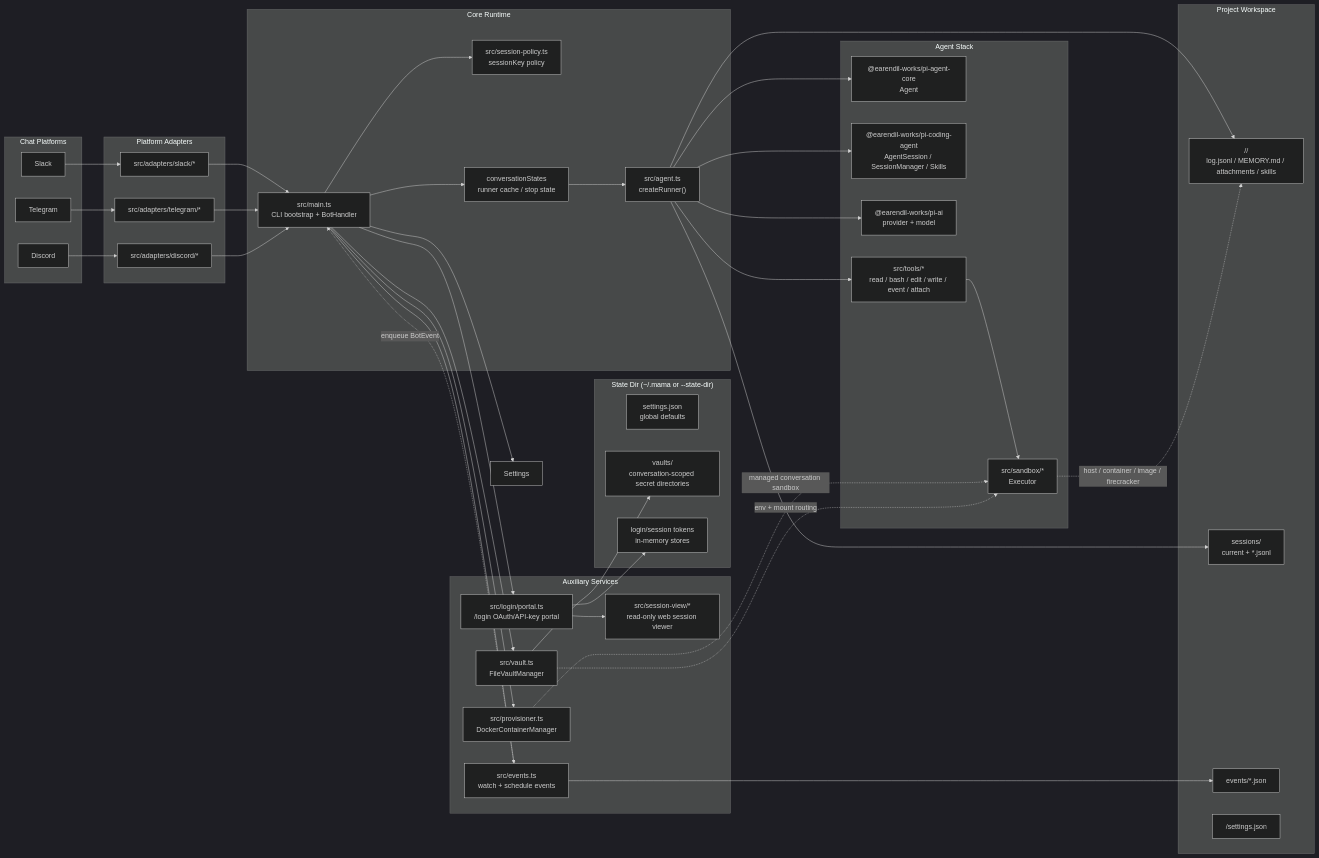
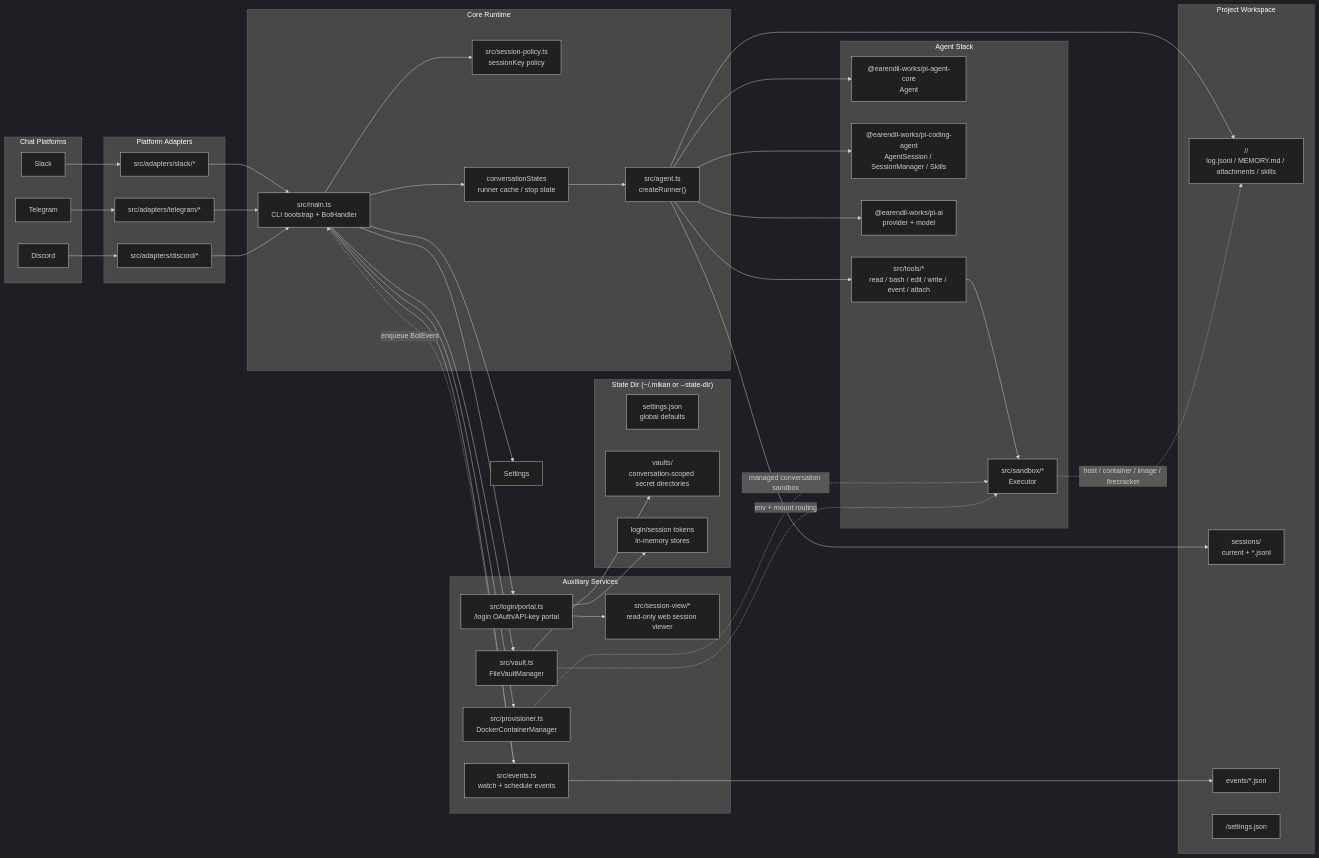
Before and after one commit to geminixiang/mikan: the first of 3 diagrams in docs/architecture.md, drawn with Mermaid (dark theme). The commit also changed other lines of this file and 82 other files, not shown here.

```diff
--- a/docs/architecture.md
+++ b/docs/architecture.md
@@ -36,7 +36,7 @@
     PiAgent["@earendil-works/pi-agent-core\nAgent"]
     PiCoding["@earendil-works/pi-coding-agent\nAgentSession / SessionManager / Skills"]
     PiAI["@earendil-works/pi-ai\nprovider + model"]
-    MamaTools["src/tools/*\nread / bash / edit / write / event / attach"]
+    MikanTools["src/tools/*\nread / bash / edit / write / event / attach"]
     Executor["src/sandbox/*\nExecutor"]
   end
 
@@ -47,7 +47,7 @@
     LocalSettings["<conversation>/settings.json"]
   end
 
-  subgraph StateDir["State Dir (~/.mama or --state-dir)"]
+  subgraph StateDir["State Dir (~/.mikan or --state-dir)"]
     GlobalSettings["settings.json\nglobal defaults"]
     Vaults["vaults/\nconversation-scoped secret directories"]
     LinkTokens["login/session tokens\nin-memory stores"]
@@ -76,8 +76,8 @@
   AgentRunner --> PiAgent
   AgentRunner --> PiCoding
   AgentRunner --> PiAI
-  AgentRunner --> MamaTools
-  MamaTools --> Executor
+  AgentRunner --> MikanTools
+  MikanTools --> Executor
 
   Main --> VaultManager
   Main --> Provisioner
```
